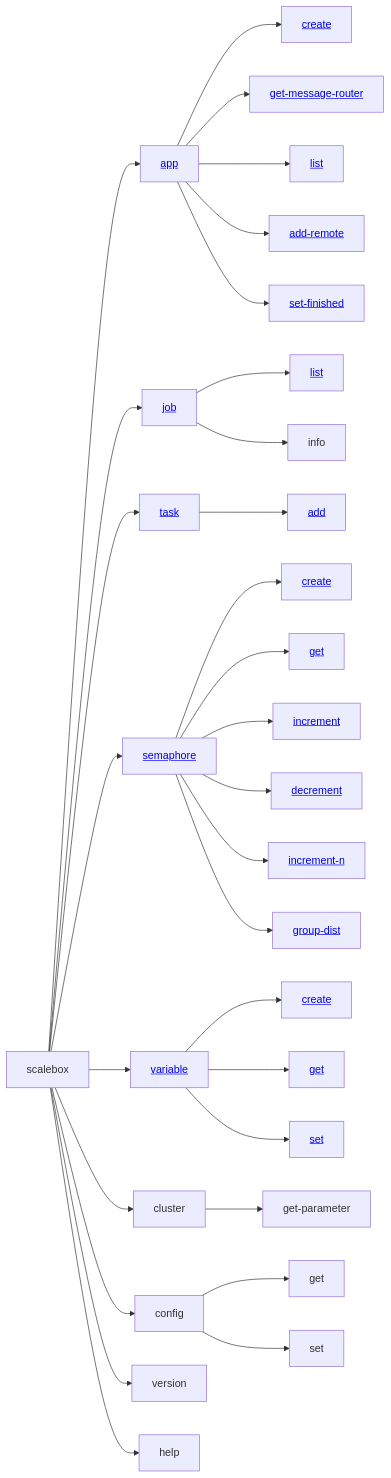
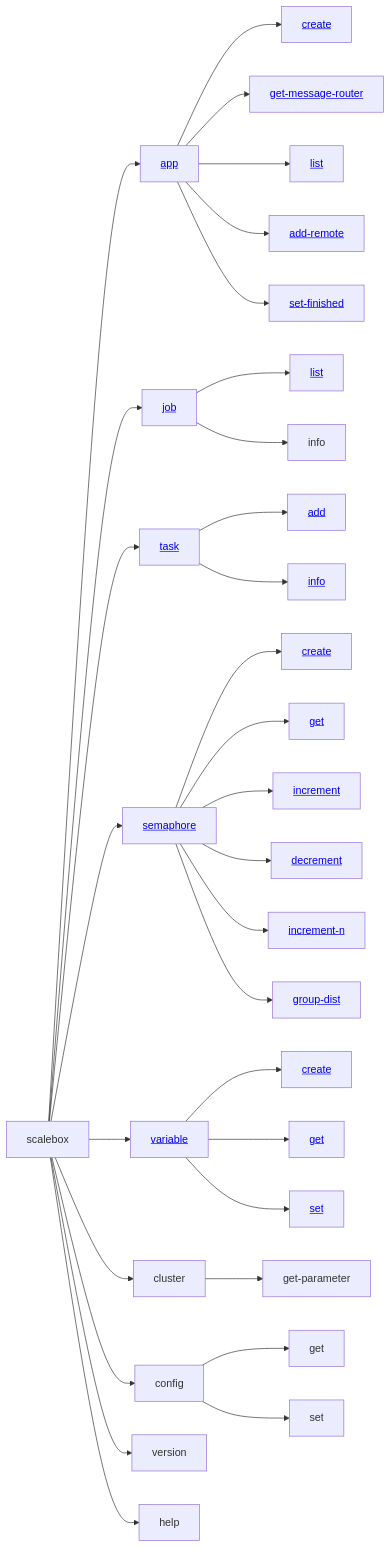
Before and after one commit to kaichao/scalebox: the diagram in docs/zh_CN/source/appendix/cmdline.md, drawn with Mermaid. The commit also changed other lines of this file and 24 other files, not shown here.

````diff
--- a/docs/zh_CN/source/appendix/cmdline.md
+++ b/docs/zh_CN/source/appendix/cmdline.md
@@ -14,42 +31,43 @@
 ```{mermaid}
 
 graph LR
   scalebox --> app[<a href="#app">app</a>]
   app --> app-create[<a href="#app-create">create</a>]
   app --> get-message-router[<a href="#app-get-message-router">get-message-router</a>]
   app --> app-list[<a href="#app-list">list</a>]
   app --> app-add-remote[<a href="#app-add-remote">add-remote</a>]
   app --> app-set-finished[<a href="#app-set-finished">set-finished</a>]
 
   scalebox --> job[<a href="#job">job</a>]
   job --> job-list[<a href="#job-list">list</a>]
   job --> job-info[info]
 
   scalebox --> task[<a href="#task">task</a>]
   task --> task-add[<a href="#task-add">add</a>]
+  task --> task-info[<a href="#task-info">info</a>]
 
   scalebox --> semaphore[<a href="#semaphore">semaphore</a>]
   semaphore --> sema-create[<a href="#semaphore-create">create</a>]
   semaphore --> semaphore-get[<a href="#semaphore-get">get</a>]
   semaphore --> increment[<a href="#semaphore-increment">increment</a>]
   semaphore --> decrement[<a href="#semaphore-decrement">decrement</a>]
   semaphore --> increment-n[<a href="#semaphore-increment">increment-n</a>]
   semaphore --> semaphore-group-dist[<a href="#semaphore-group-dist">group-dist</a>]
 
   scalebox --> variable[<a href="#variable">variable</a>]
   variable --> variable-create[<a href="#variable-create">create</a>]
   variable --> variable-get[<a href="#variable-get">get</a>]
   variable --> variable-set[<a href="#variable-set">set</a>]
 
   scalebox --> cluster
   cluster --> get-parameter
 
   scalebox --> config
   config --> config-get[get]
   config --> config-set[set]  
 
   scalebox --> version
 
   scalebox --> help
 
 ```
````
